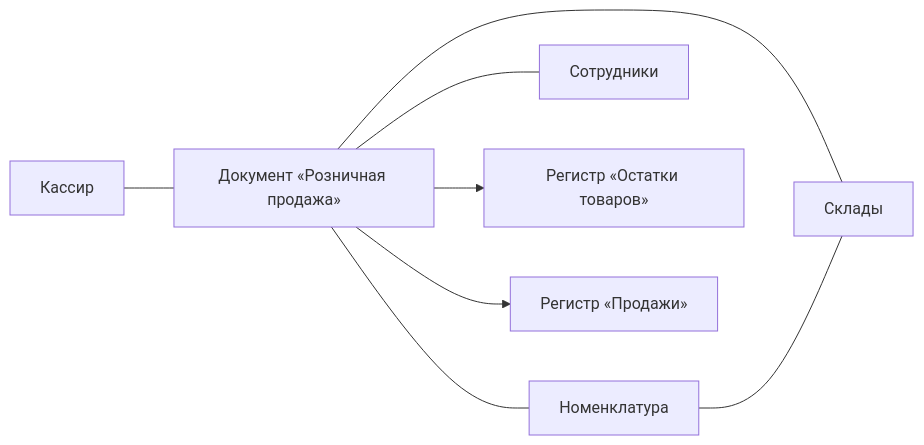
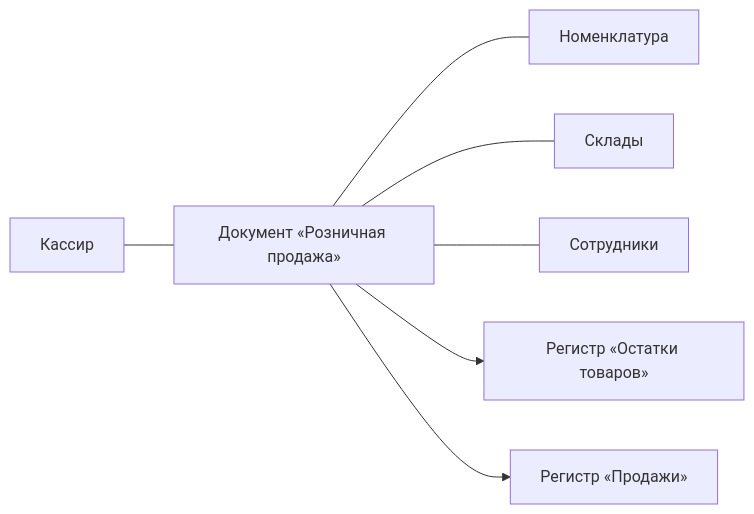
One commit to mlyapinking/RepositoryGit changed the third of 6 diagrams in kursovaya-magazin-odezhdy-ishin.md. Above: the diagram before and after it, drawn with Mermaid. The commit also changed other lines of this file, not shown here.

````diff
--- a/kursovaya-magazin-odezhdy-ishin.md
+++ b/kursovaya-magazin-odezhdy-ishin.md
@@ -226,10 +250,9 @@
 ```mermaid
 flowchart LR
-    Кассир --- РозничнаяПродажа["Документ «Розничная продажа»"]
-    РозничнаяПродажа --- Номенклатура
-    РозничнаяПродажа --- Склады
-    РозничнаяПродажа --- Сотрудники
-    РозничнаяПродажа --> РегОстатки["Регистр «Остатки товаров»"]
-    РозничнаяПродажа --> РегПродажи["Регистр «Продажи»"]
-    Номенклатура --- Склады
+  Кассир --- РозничнаяПродажа["Документ «Розничная продажа»"]
+  РозничнаяПродажа --- Номенклатура
+  РозничнаяПродажа --- Склады
+  РозничнаяПродажа --- Сотрудники
+  РозничнаяПродажа --> РегОстатки["Регистр «Остатки товаров»"]
+  РозничнаяПродажа --> РегПродажи["Регистр «Продажи»"]
 ```
````
